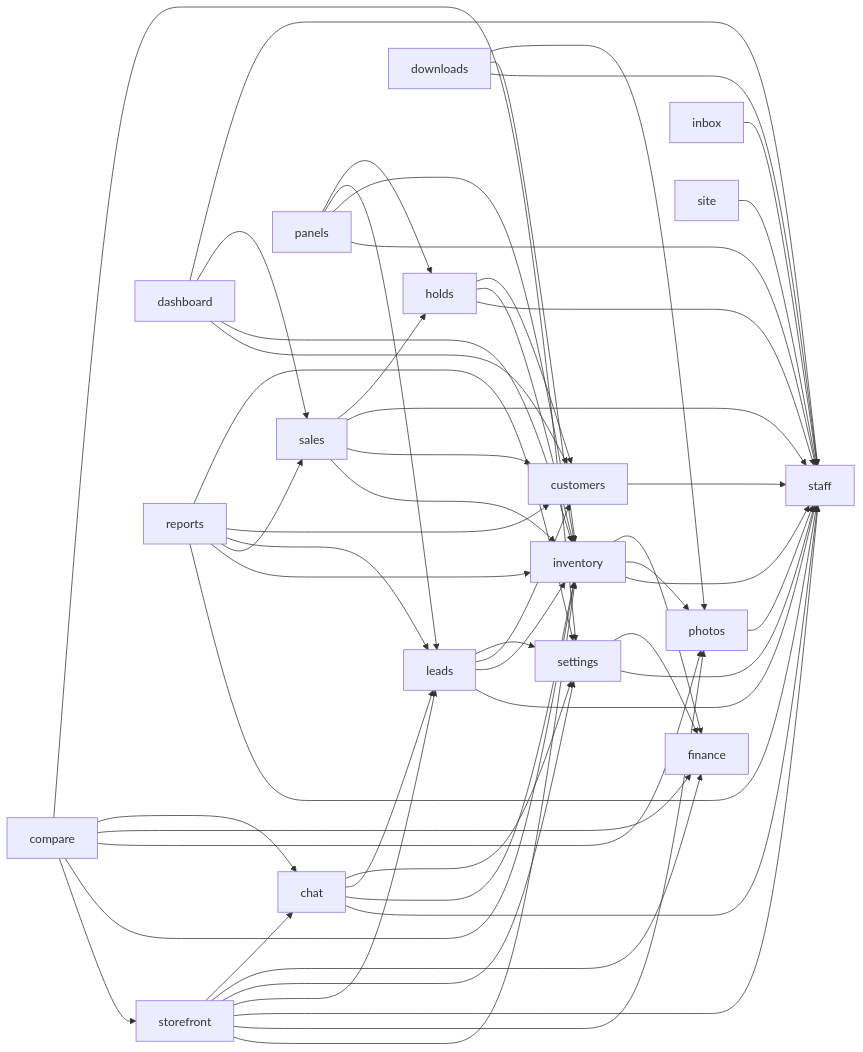
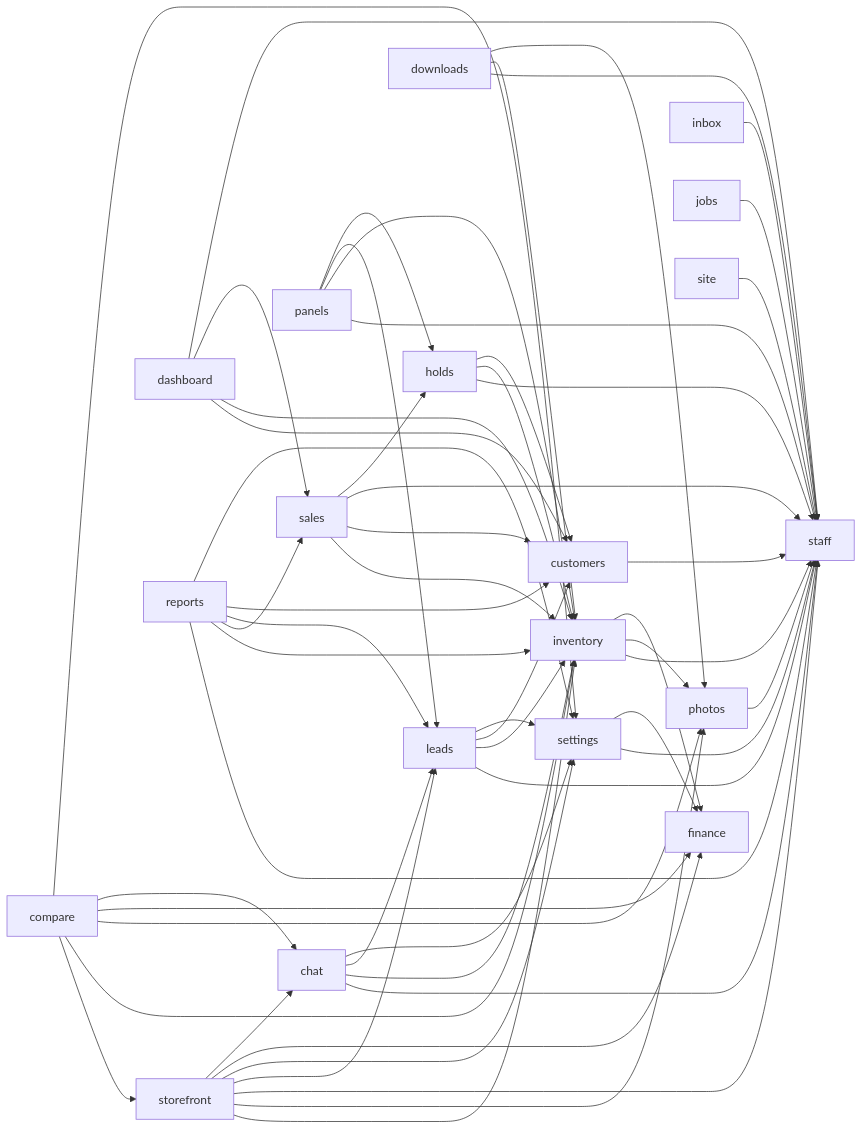
One commit to Ignibyte/aic-demo changed the diagram in docs/wiki/README.md. Above: the diagram before and after it, drawn with Mermaid. The commit also changed other lines of this file and 49 other files, not shown here.

````diff
--- a/docs/wiki/README.md
+++ b/docs/wiki/README.md
@@ -85,59 +86,60 @@
 ```mermaid
 graph LR
     staff
     photos --> staff
     finance
     inventory --> staff
     inventory --> photos
     inventory --> finance
     customers --> staff
     settings --> staff
     settings --> finance
     leads --> staff
     leads --> inventory
     leads --> customers
     leads --> settings
     chat --> staff
     chat --> inventory
     chat --> leads
     chat --> settings
     storefront --> inventory
     storefront --> photos
     storefront --> staff
     storefront --> leads
     storefront --> settings
     storefront --> finance
     storefront --> chat
     compare --> storefront
     compare --> inventory
     compare --> photos
     compare --> finance
     compare --> chat
     compare --> settings
     holds --> staff
     holds --> inventory
     holds --> customers
     sales --> inventory
     sales --> customers
     sales --> staff
     sales --> holds
     dashboard --> customers
     dashboard --> inventory
     dashboard --> sales
     dashboard --> staff
     downloads --> staff
     downloads --> inventory
     downloads --> photos
     inbox --> staff
+    jobs --> staff
     panels --> staff
     panels --> inventory
     panels --> leads
     panels --> holds
     reports --> staff
     reports --> inventory
     reports --> sales
     reports --> leads
     reports --> customers
     reports --> settings
     site --> staff
 ```
````
